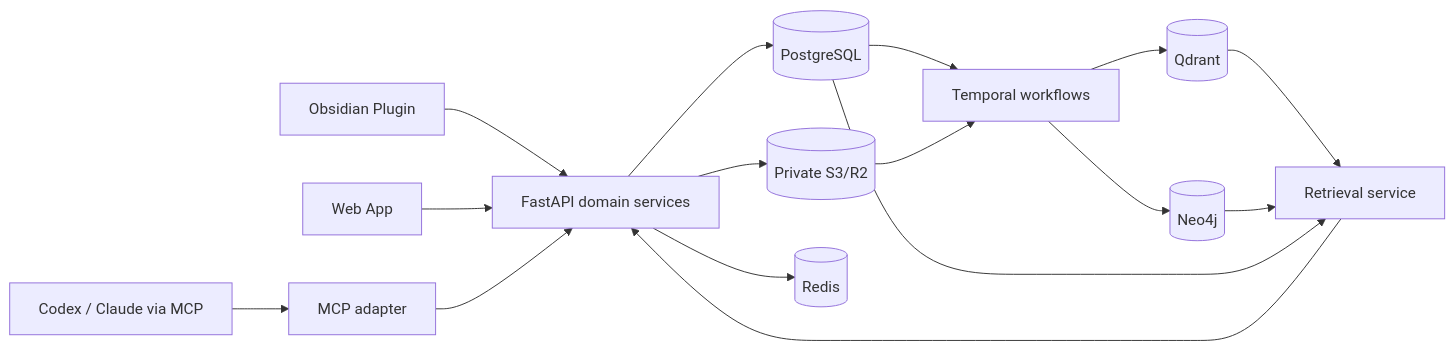
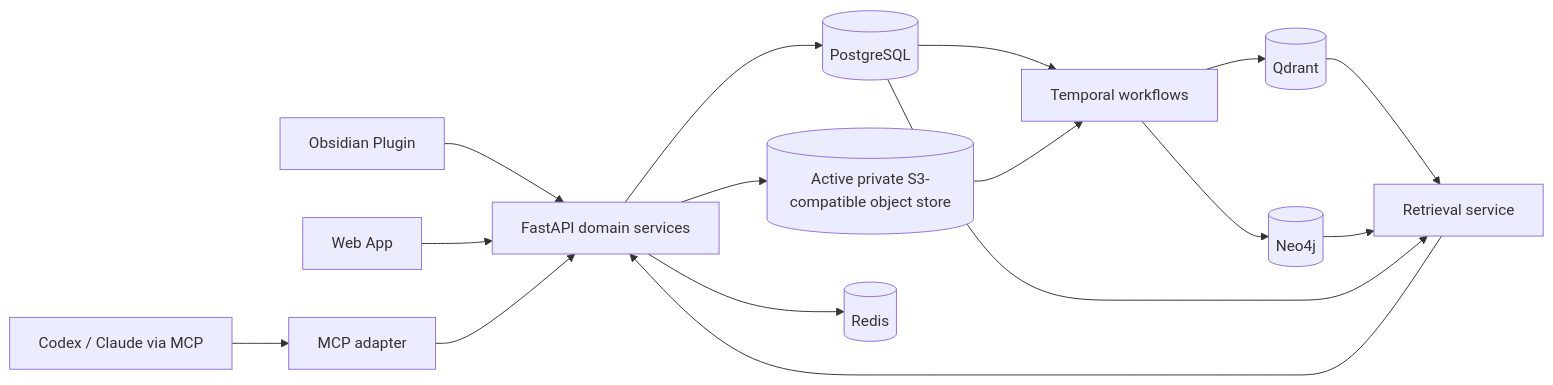
One commit to leduc4894/personal_os changed the diagram in docs/01-CANONICAL_ARCHITECTURE.md. Above: the diagram before and after it, drawn with Mermaid. The commit also changed other lines of this file and 17 other files, not shown here.

````diff
--- a/docs/01-CANONICAL_ARCHITECTURE.md
+++ b/docs/01-CANONICAL_ARCHITECTURE.md
@@ -24,18 +26,18 @@
 ```mermaid
 flowchart LR
     O["Obsidian Plugin"] --> A["FastAPI domain services"]
     W["Web App"] --> A
     C["Codex / Claude via MCP"] --> M["MCP adapter"]
     M --> A
     A --> P[(PostgreSQL)]
-    A --> R[(Private S3/R2)]
+    A --> R[(Active private S3-compatible object store)]
     P --> T["Temporal workflows"]
     R --> T
     T --> Q[(Qdrant)]
     T --> N[(Neo4j)]
     A --> D[(Redis)]
     Q --> X["Retrieval service"]
     N --> X
     P --> X
     X --> A
 ```
````
